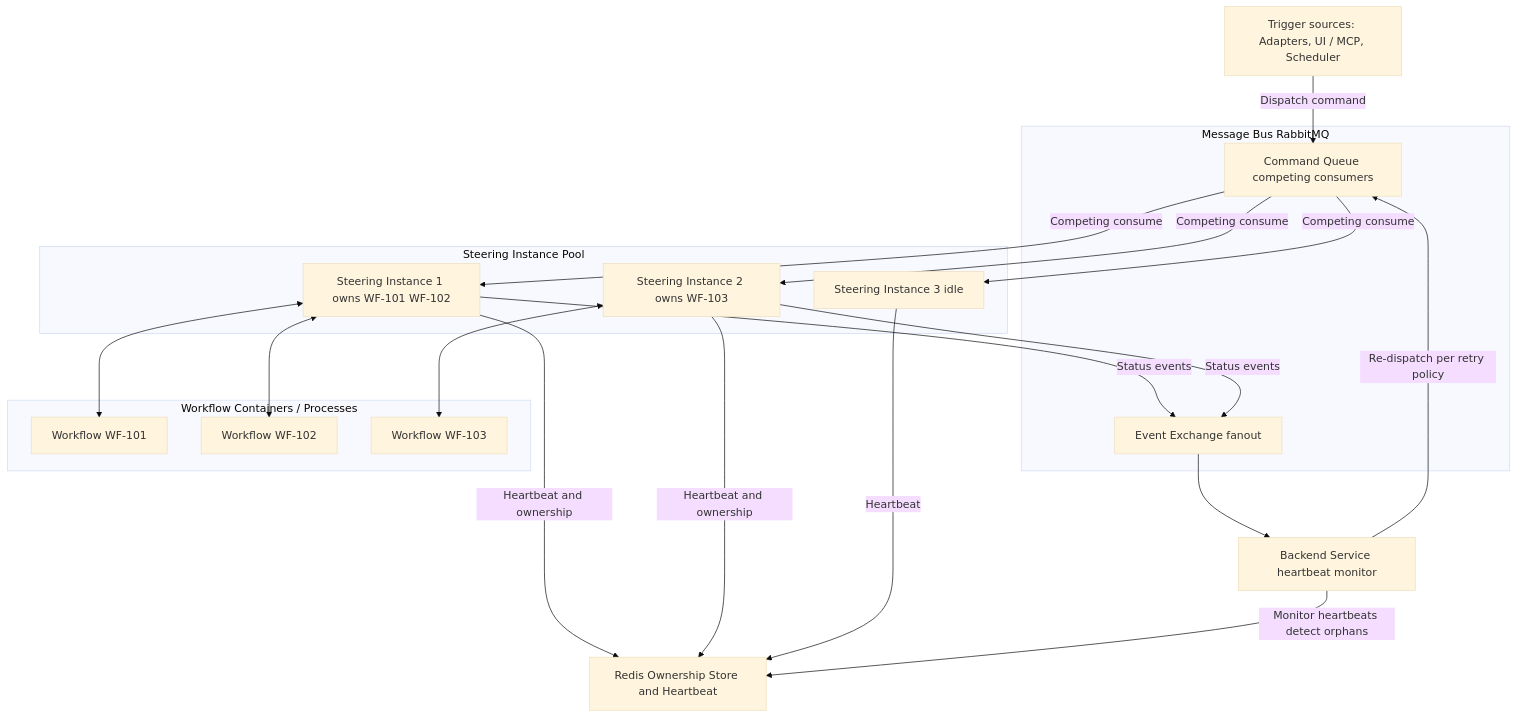
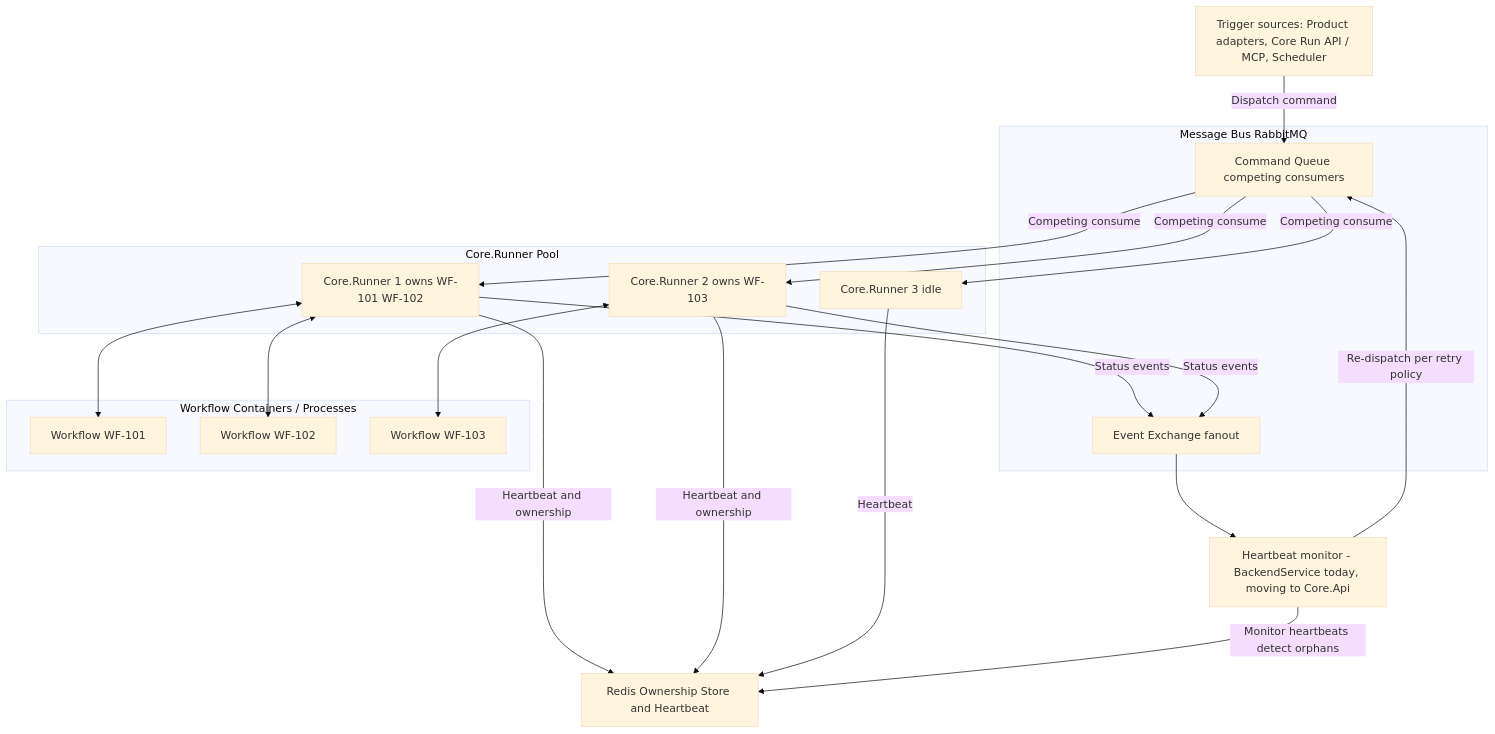
One commit to FelixKlakow/Auxilia changed the tenth of 13 diagrams in ARCHITECTURE.md. Above: the diagram before and after it, drawn with Mermaid (base theme). The commit also changed other lines of this file and 4 other files, not shown here.

First line of the commit message:
docs: rewrite ARCHITECTURE to the three-deployable model

````diff
--- a/ARCHITECTURE.md
+++ b/ARCHITECTURE.md
@@ -727,35 +748,35 @@
 ```mermaid
 graph TB
     subgraph MessageBus[Message Bus RabbitMQ]
         CMD[Command Queue competing consumers]
         EVT[Event Exchange fanout]
     end
-    subgraph SteeringPool[Steering Instance Pool]
-        SI1[Steering Instance 1 owns WF-101 WF-102]
-        SI2[Steering Instance 2 owns WF-103]
-        SI3[Steering Instance 3 idle]
+    subgraph SteeringPool[Core.Runner Pool]
+        SI1[Core.Runner 1 owns WF-101 WF-102]
+        SI2[Core.Runner 2 owns WF-103]
+        SI3[Core.Runner 3 idle]
     end
     subgraph Workflows[Workflow Containers / Processes]
         WF101[Workflow WF-101]
         WF102[Workflow WF-102]
         WF103[Workflow WF-103]
     end
     REDIS[Redis Ownership Store and Heartbeat]
-    TRIG[Trigger sources: Adapters, UI / MCP, Scheduler]
-    BE[Backend Service heartbeat monitor]
+    TRIG[Trigger sources: Product adapters, Core Run API / MCP, Scheduler]
+    BE[Heartbeat monitor - BackendService today, moving to Core.Api]
     TRIG -->|Dispatch command| CMD
     CMD -->|Competing consume| SI1
     CMD -->|Competing consume| SI2
     CMD -->|Competing consume| SI3
     SI1 <--> WF101
     SI1 <--> WF102
     SI2 <--> WF103
     SI1 -->|Heartbeat and ownership| REDIS
     SI2 -->|Heartbeat and ownership| REDIS
     SI3 -->|Heartbeat| REDIS
     BE -->|Monitor heartbeats detect orphans| REDIS
     BE -->|Re-dispatch per retry policy| CMD
     SI1 -->|Status events| EVT
     SI2 -->|Status events| EVT
     EVT --> BE
 ```
````
